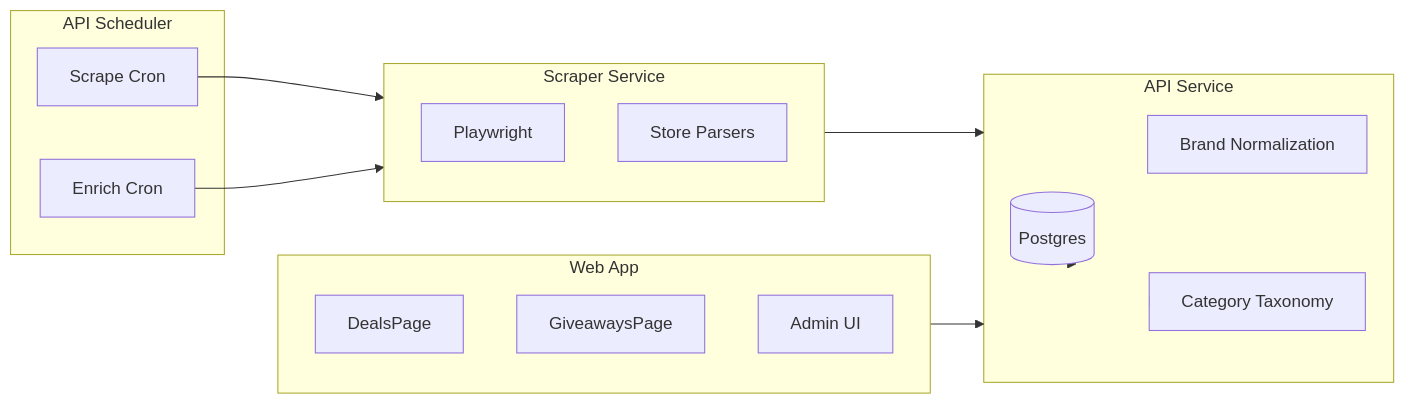
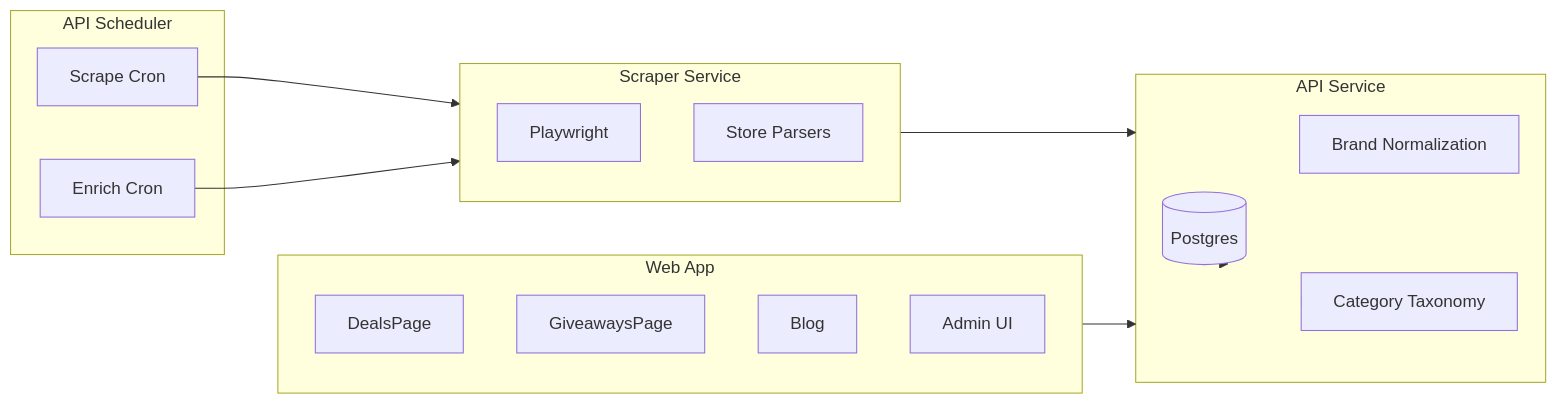
The diagram in docs/ARCHITECTURE.md (zpipe07/mtb-aggregator), drawn with Mermaid before and after one commit. The commit also changed other lines of this file and 33 other files, not shown here.

````diff
--- a/docs/ARCHITECTURE.md
+++ b/docs/ARCHITECTURE.md
@@ -7,28 +7,29 @@
 ```mermaid
 flowchart LR
     subgraph Scheduler [API Scheduler]
         CronScrape[Scrape Cron]
         CronEnrich[Enrich Cron]
     end
     subgraph Scraper [Scraper Service]
         Playwright[Playwright]
         Parsers[Store Parsers]
     end
     subgraph API [API Service]
         DB[(Postgres)]
         Brand[Brand Normalization]
         Taxonomy[Category Taxonomy]
     end
     subgraph Web [Web App]
         Deals[DealsPage]
         Giveaways[GiveawaysPage]
+        Blog[Blog]
         Admin[Admin UI]
     end
     CronScrape --> Scraper
     CronEnrich --> Scraper
     Scraper --> API
     API --> DB
     API --> Brand
     API --> Taxonomy
     Web --> API
 ```
````
